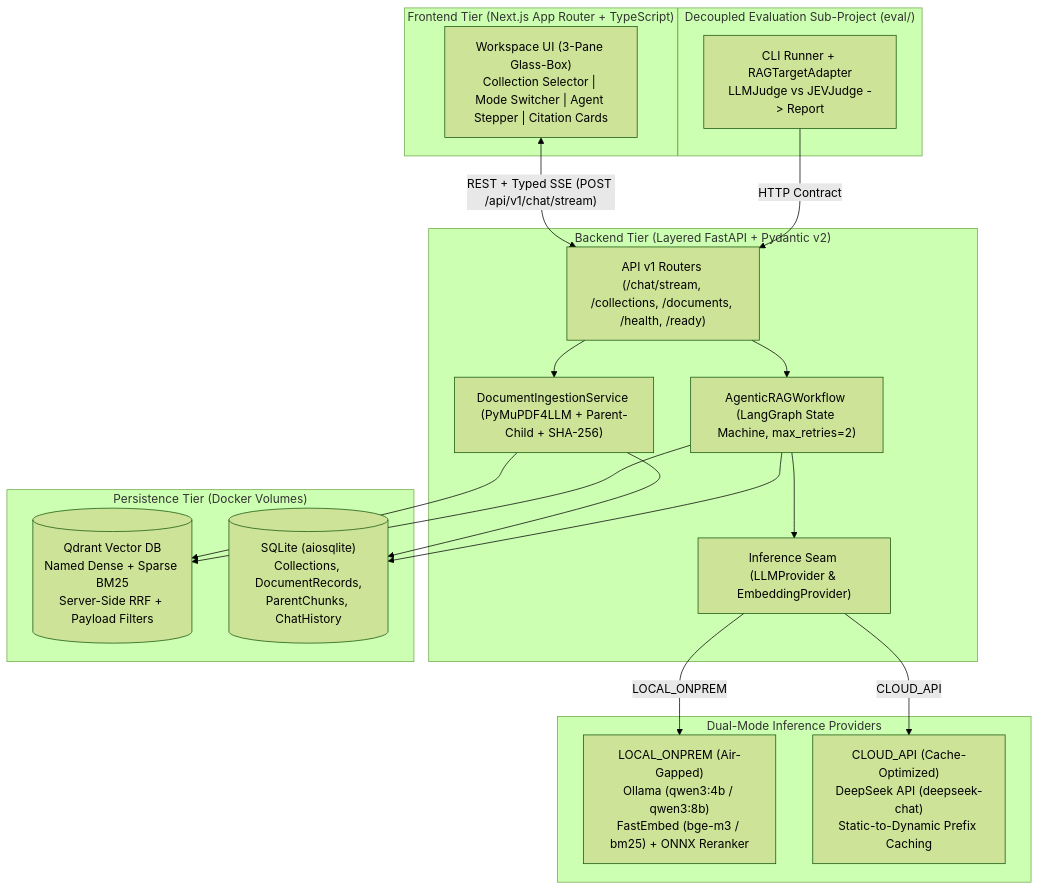
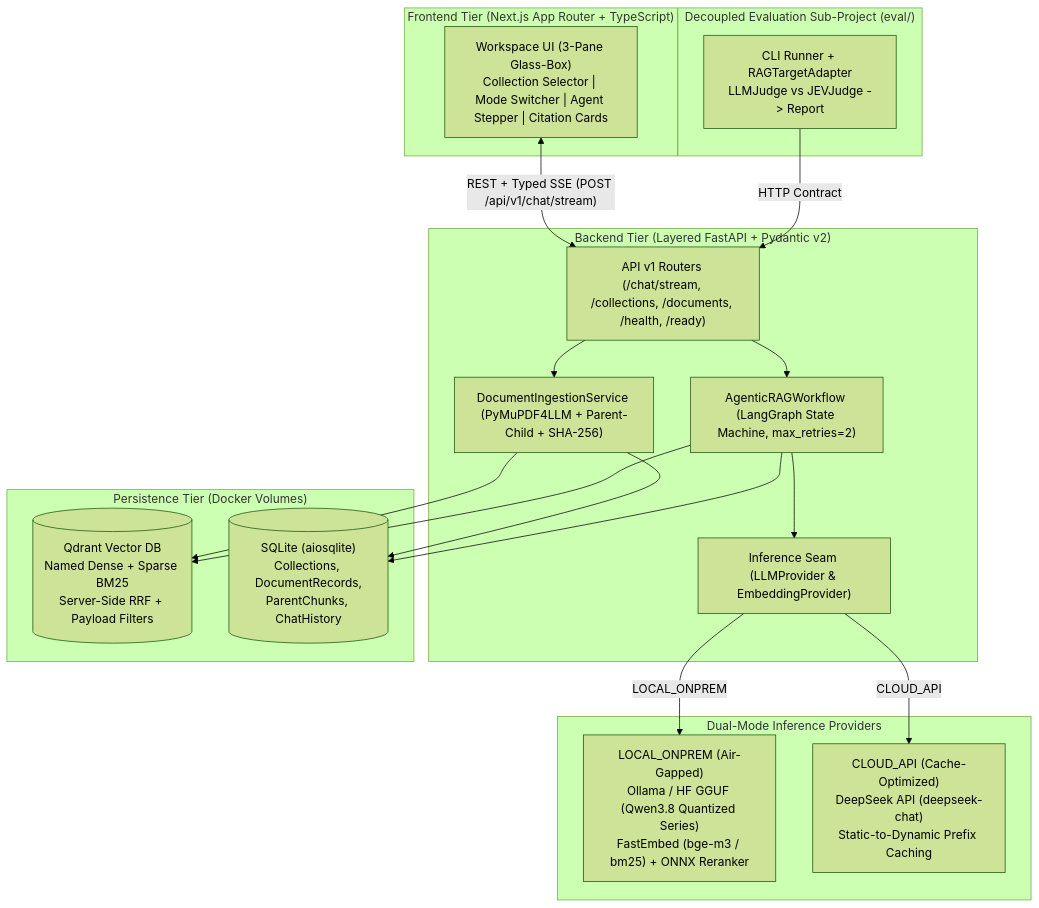
The second of 3 diagrams in docs/Architecture.md (amirulhazym/sovereign-agentic-rag), drawn with Mermaid (forest theme) before and after one commit. The commit also changed other lines of this file and 7 other files, not shown here.

Commit message:
docs: upgrade to Qwen3.8 series and add full end-to-end Agentic RAG pipeline diagrams

````diff
--- a/docs/Architecture.md
+++ b/docs/Architecture.md
@@ -12,39 +84,39 @@
 ```mermaid
 flowchart TB
     subgraph Client["Frontend Tier (Next.js App Router + TypeScript)"]
         UI["Workspace UI (3-Pane Glass-Box)<br/>Collection Selector | Mode Switcher | Agent Stepper | Citation Cards"]
     end
 
     subgraph Backend["Backend Tier (Layered FastAPI + Pydantic v2)"]
         Router["API v1 Routers (/chat/stream, /collections, /documents, /health, /ready)"]
         Ingest["DocumentIngestionService (PyMuPDF4LLM + Parent-Child + SHA-256)"]
         Graph["AgenticRAGWorkflow (LangGraph State Machine, max_retries=2)"]
         Adapters["Inference Seam (LLMProvider & EmbeddingProvider)"]
         Router --> Ingest
         Router --> Graph
         Graph --> Adapters
     end
 
     subgraph Data["Persistence Tier (Docker Volumes)"]
         Qdrant[("Qdrant Vector DB<br/>Named Dense + Sparse BM25<br/>Server-Side RRF + Payload Filters")]
         SQLite[("SQLite (aiosqlite)<br/>Collections, DocumentRecords,<br/>ParentChunks, ChatHistory")]
     end
 
     subgraph Inference["Dual-Mode Inference Providers"]
-        Local["LOCAL_ONPREM (Air-Gapped)<br/>Ollama (qwen3:4b / qwen3:8b)<br/>FastEmbed (bge-m3 / bm25) + ONNX Reranker"]
+        Local["LOCAL_ONPREM (Air-Gapped)<br/>Ollama / HF GGUF (Qwen3.8 Quantized Series)<br/>FastEmbed (bge-m3 / bm25) + ONNX Reranker"]
         Cloud["CLOUD_API (Cache-Optimized)<br/>DeepSeek API (deepseek-chat)<br/>Static-to-Dynamic Prefix Caching"]
     end
 
     subgraph Eval["Decoupled Evaluation Sub-Project (eval/)"]
         Harness["CLI Runner + RAGTargetAdapter<br/>LLMJudge vs JEVJudge -> Report"]
     end
 
     UI <-->|"REST + Typed SSE (POST /api/v1/chat/stream)"| Router
     Ingest --> Qdrant
     Ingest --> SQLite
     Graph --> Qdrant
     Graph --> SQLite
     Adapters -->|"LOCAL_ONPREM"| Local
     Adapters -->|"CLOUD_API"| Cloud
     Harness -->|"HTTP Contract"| Router
 ```
````
